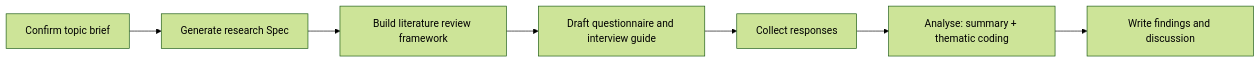
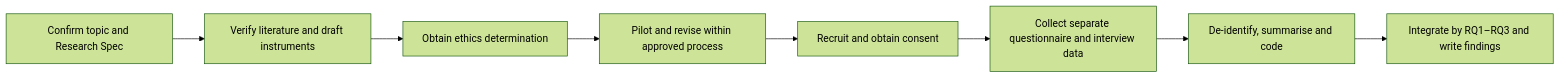
One commit to jashd9528/ghostagent changed the second of 2 diagrams in examples/sample-run/diagrams.md. Above: the diagram before and after it, drawn with Mermaid (forest theme). The commit also changed other lines of this file and 38 other files, not shown here.

````diff
--- a/examples/sample-run/diagrams.md
+++ b/examples/sample-run/diagrams.md
@@ -26,9 +24,10 @@
 ```mermaid
 flowchart LR
-    S1[Confirm topic brief] --> S2[Generate research Spec]
-    S2 --> S3[Build literature review framework]
-    S3 --> S4[Draft questionnaire and interview guide]
-    S4 --> S5[Collect responses]
-    S5 --> S6[Analyse: summary + thematic coding]
-    S6 --> S7[Write findings and discussion]
+    S1["Confirm topic and Research Spec"] --> S2["Verify literature and draft instruments"]
+    S2 --> S3["Obtain ethics determination"]
+    S3 --> S4["Pilot and revise within approved process"]
+    S4 --> S5["Recruit and obtain consent"]
+    S5 --> S6["Collect separate questionnaire and interview data"]
+    S6 --> S7["De-identify, summarise and code"]
+    S7 --> S8["Integrate by RQ1–RQ3 and write findings"]
 ```
````
